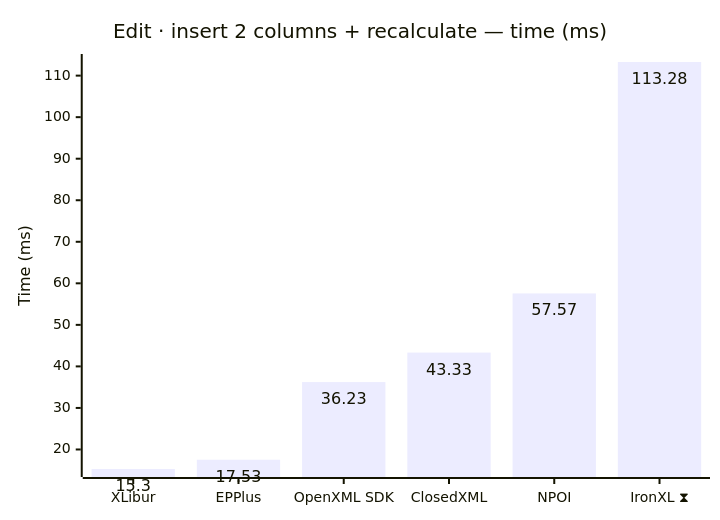
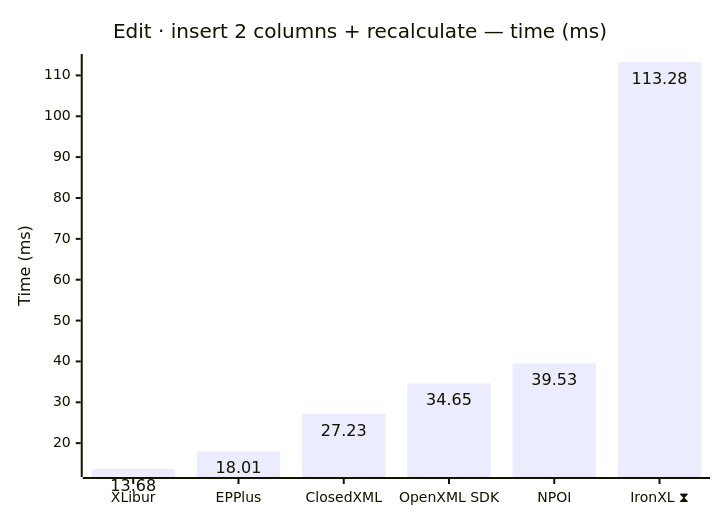
One commit to jafin/XLBench changed diagram 11 of 12 in docs/results.md. Above: the diagram before and after it, drawn with Mermaid. The commit also changed other lines of this file and 2 other files, not shown here.

First line of the commit message:
chore(deps): bump XLibur to 0.310.1-beta.5 and republish

````diff
--- a/docs/results.md
+++ b/docs/results.md
@@ -169,12 +169,12 @@
 ```mermaid
 ---
 config:
   xyChart:
     showDataLabel: true
 ---
 xychart-beta
     title "Edit · insert 2 columns + recalculate — time (ms)"
-    x-axis ["XLibur", "EPPlus", "OpenXML SDK", "ClosedXML", "NPOI", "IronXL ⧗"]
+    x-axis ["XLibur", "EPPlus", "ClosedXML", "OpenXML SDK", "NPOI", "IronXL ⧗"]
     y-axis "Time (ms)"
-    bar [15.3, 17.53, 36.23, 43.33, 57.57, 113.28]
+    bar [13.68, 18.01, 27.23, 34.65, 39.53, 113.28]
 ```
````
